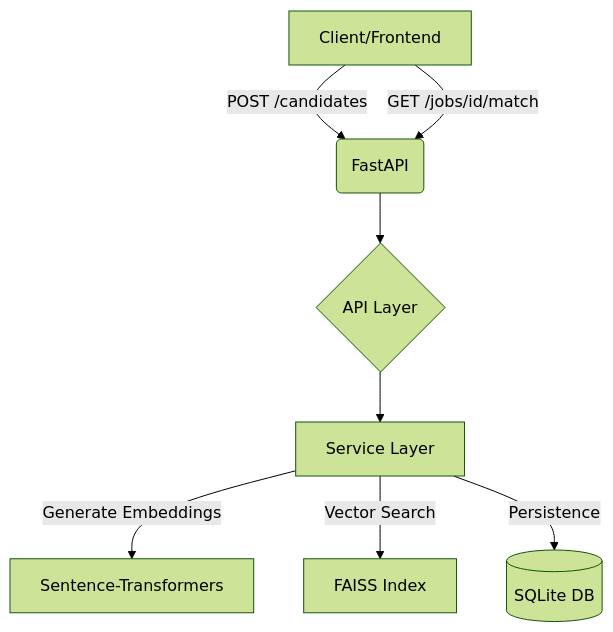
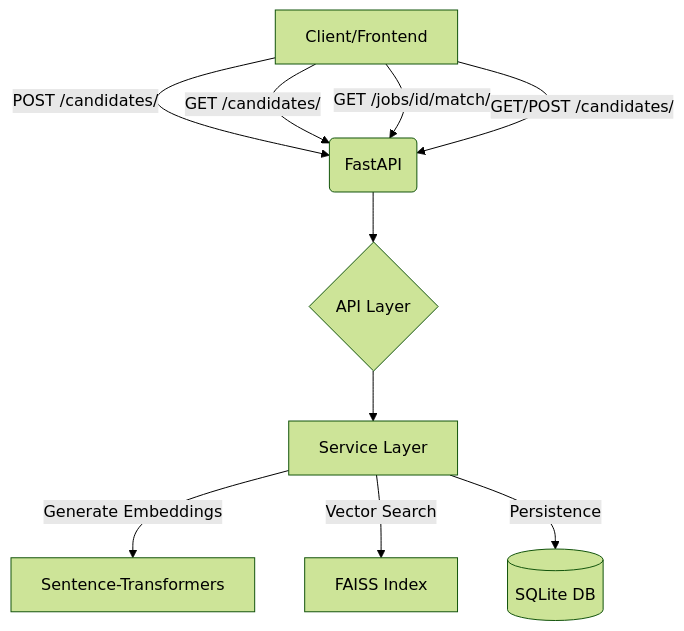
One commit to WaliKhan09/Candidate-Job-Matching-Engine changed the diagram in README.md. Above: the diagram before and after it, drawn with Mermaid (forest theme).

````diff
--- a/README.md
+++ b/README.md
@@ -42,10 +42,12 @@
 ```mermaid
 graph TD
-    A[Client/Frontend] -->|POST /candidates| B(FastAPI)
-    A -->|GET /jobs/id/match| B
+    A[Client/Frontend] -->|POST /candidates/| B(FastAPI)
+    A -->|GET /candidates/| B
+    A -->|GET /jobs/id/match/| B
+    A -->|GET/POST /candidates/| B
     B --> C{API Layer}
     C --> D[Service Layer]
     D -->|Generate Embeddings| E[Sentence-Transformers]
     D -->|Vector Search| F[FAISS Index]
     D -->|Persistence| G[(SQLite DB)]
 ```
````
